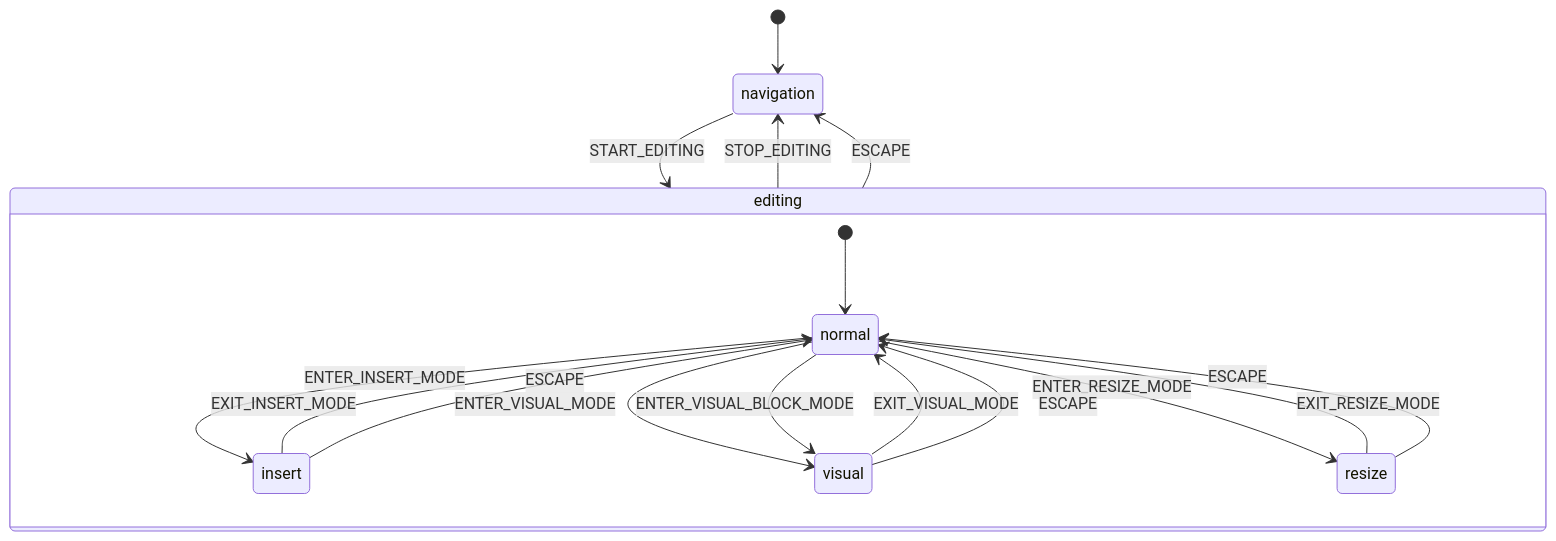
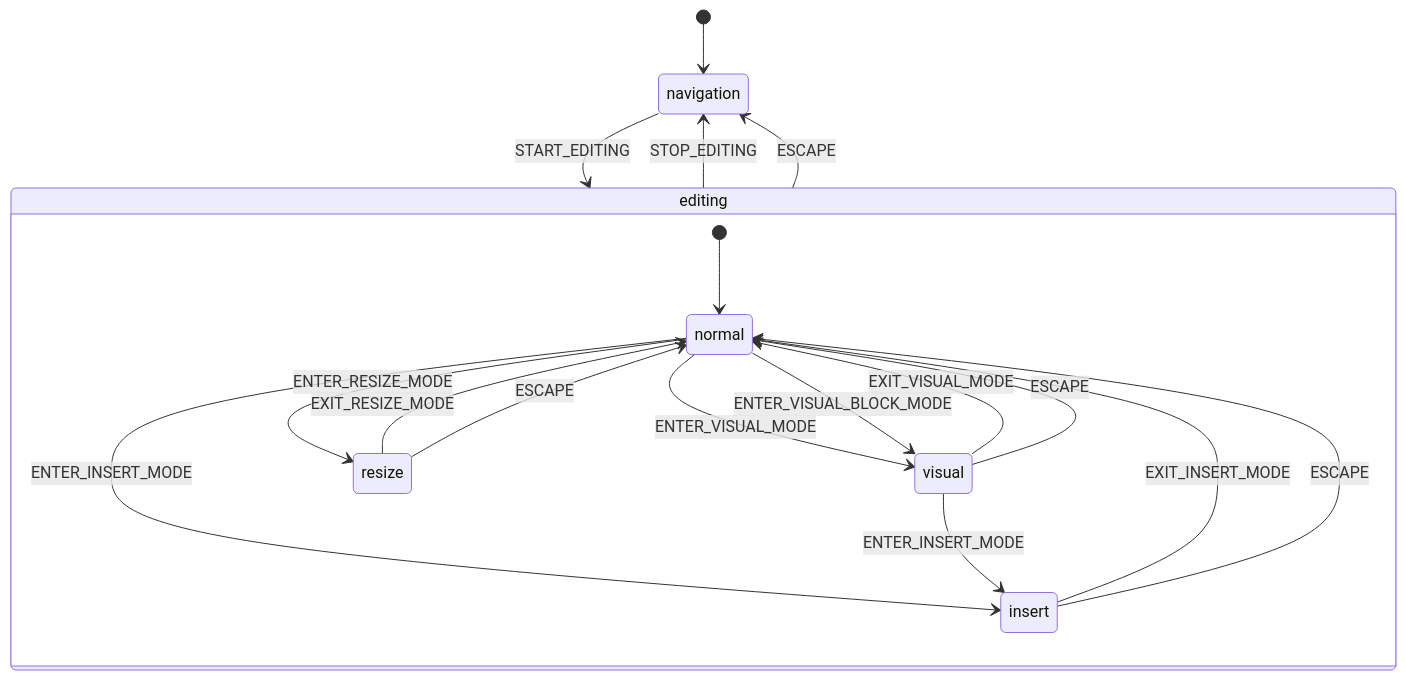
Before and after one commit to vimeh/gridcore: the diagram in packages/ui-web/docs/state-machine/state-diagram.md, drawn with Mermaid. The commit also changed 4 other files, not shown here.

````diff
--- a/packages/ui-web/docs/state-machine/state-diagram.md
+++ b/packages/ui-web/docs/state-machine/state-diagram.md
@@ -3,20 +3,21 @@
 ```mermaid
 stateDiagram-v2
     [*] --> navigation
     navigation --> editing: START_EDITING
     state editing {
         [*] --> normal
         normal --> insert: ENTER_INSERT_MODE
         normal --> visual: ENTER_VISUAL_MODE
         normal --> visual: ENTER_VISUAL_BLOCK_MODE
         normal --> resize: ENTER_RESIZE_MODE
         insert --> normal: EXIT_INSERT_MODE
         insert --> normal: ESCAPE
         visual --> normal: EXIT_VISUAL_MODE
         visual --> normal: ESCAPE
+        visual --> insert: ENTER_INSERT_MODE
         resize --> normal: EXIT_RESIZE_MODE
         resize --> normal: ESCAPE
     }
     editing --> navigation: STOP_EDITING
     editing --> navigation: ESCAPE
 ```
````
